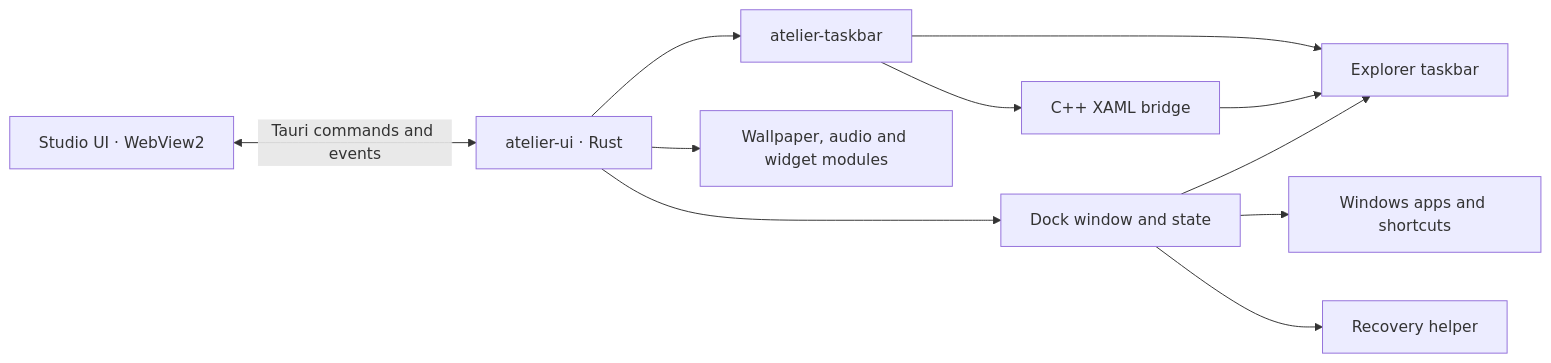
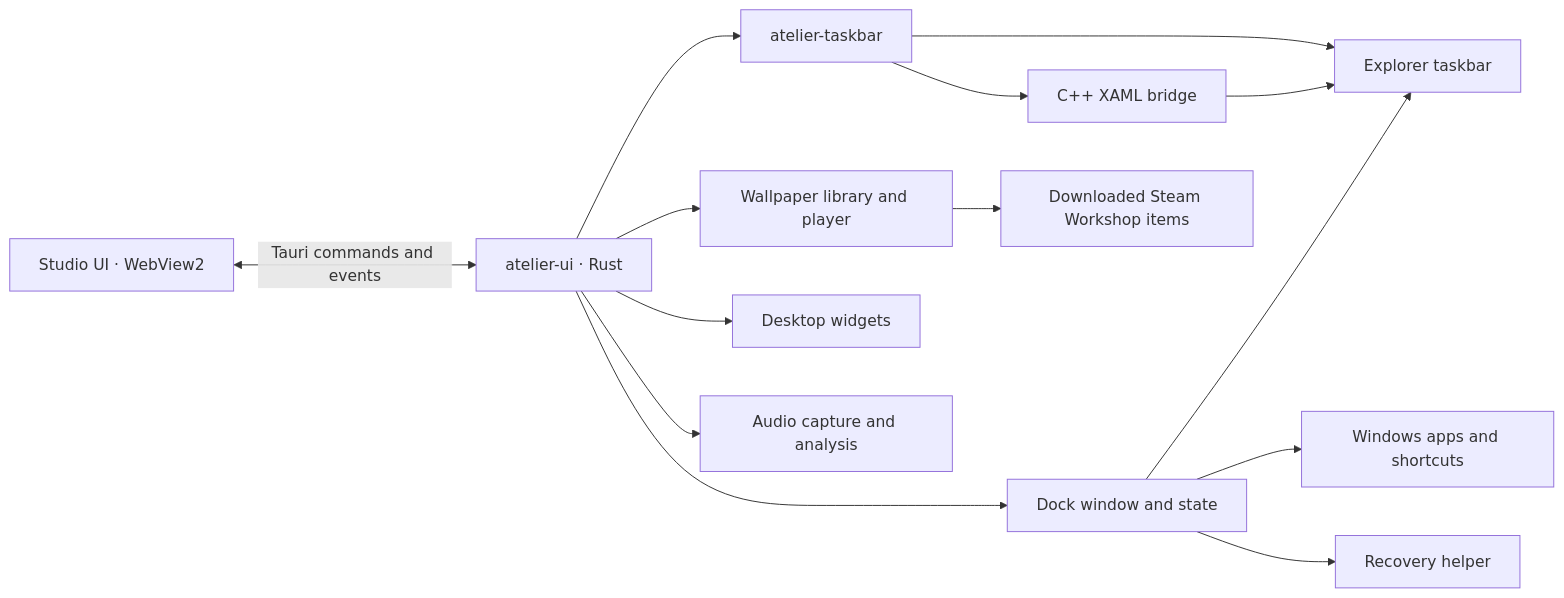
The diagram in README.md (polichdev/Atelier), drawn with Mermaid before and after one commit. The commit also changed other lines of this file and 8 other files, not shown here.

````diff
--- a/README.md
+++ b/README.md
@@ -30,13 +33,16 @@
 ```mermaid
 flowchart LR
     Studio["Studio UI · WebView2"] <-->|"Tauri commands and events"| App["atelier-ui · Rust"]
     App --> Taskbar["atelier-taskbar"]
     Taskbar --> Explorer["Explorer taskbar"]
     Taskbar --> Bridge["C++ XAML bridge"]
     Bridge --> Explorer
     App --> Dock["Dock window and state"]
     Dock --> Explorer
     Dock --> Apps["Windows apps and shortcuts"]
-    App --> Other["Wallpaper, audio and widget modules"]
+    App --> Wallpaper["Wallpaper library and player"]
+    Wallpaper --> Steam["Downloaded Steam Workshop items"]
+    App --> Widgets["Desktop widgets"]
+    App --> Audio["Audio capture and analysis"]
     Dock --> Guardian["Recovery helper"]
 ```
````
